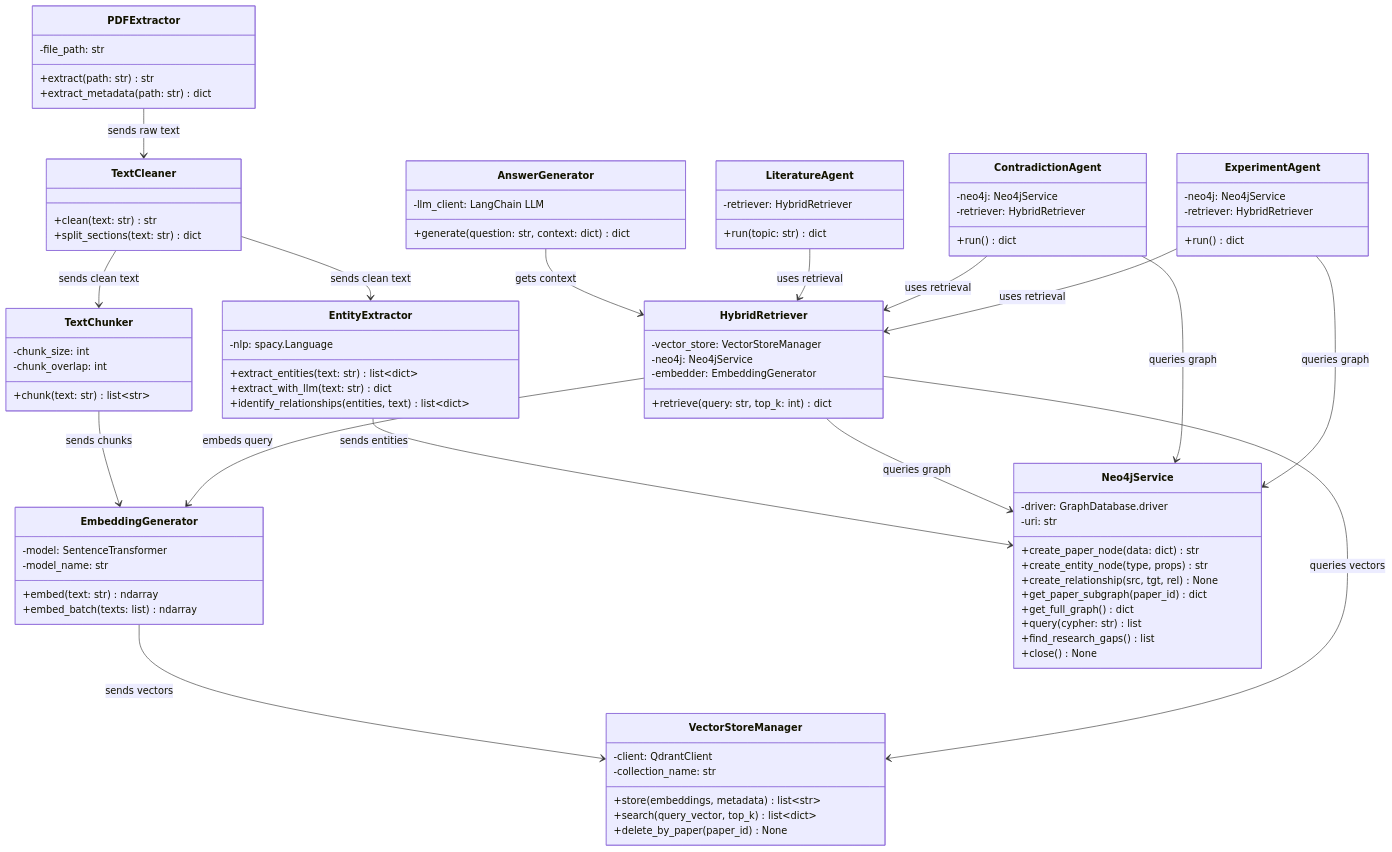
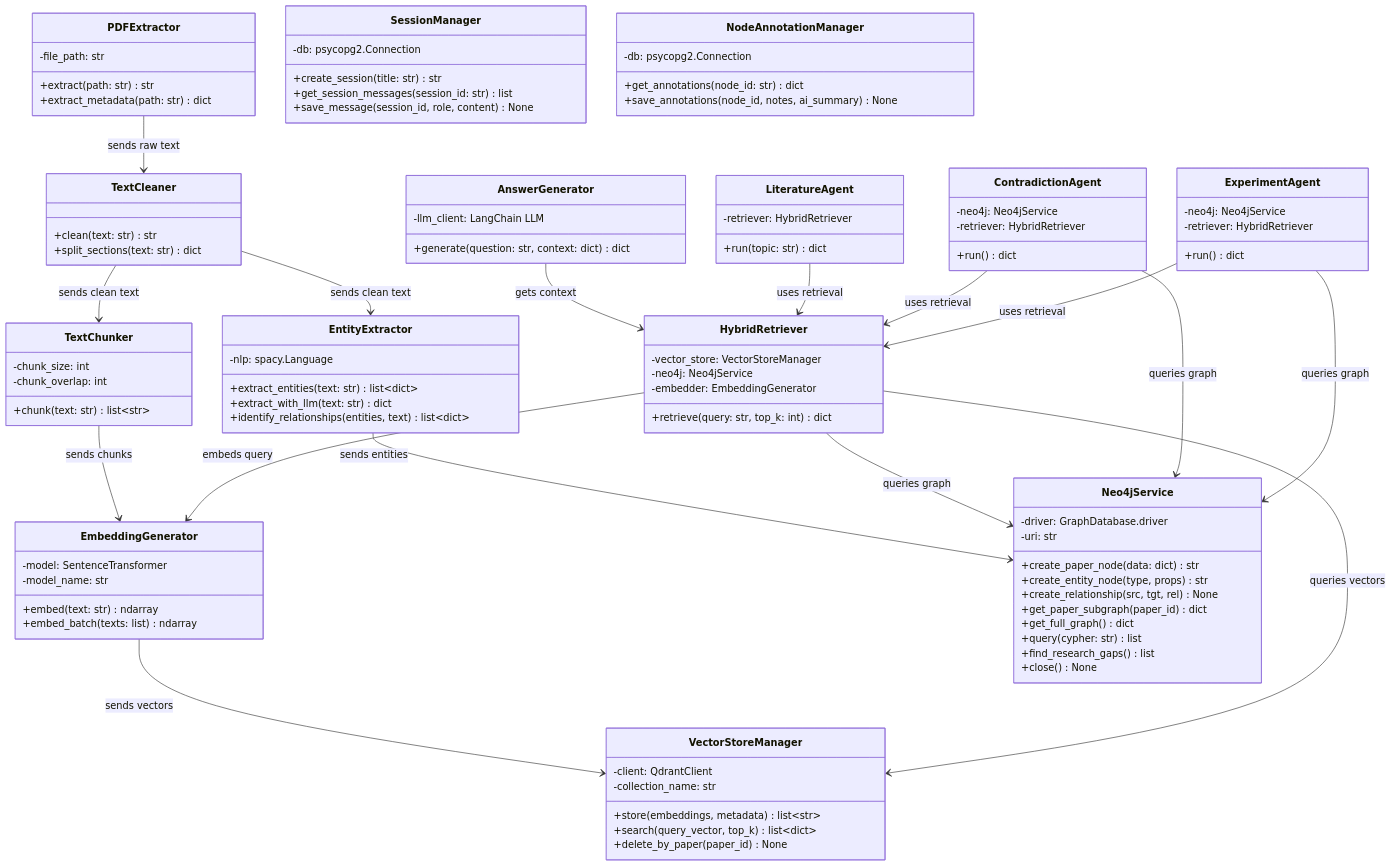
Before and after one commit to suraj-codes-24/Research-Node: the second of 9 diagrams in docs/10_uml_diagrams.md, drawn with Mermaid. The commit also changed other lines of this file and 52 other files, not shown here.

```diff
--- a/docs/10_uml_diagrams.md
+++ b/docs/10_uml_diagrams.md
@@ -139,6 +139,19 @@
         +run() dict
     }
 
+    class SessionManager {
+        -db: psycopg2.Connection
+        +create_session(title: str) str
+        +get_session_messages(session_id: str) list
+        +save_message(session_id, role, content) None
+    }
+
+    class NodeAnnotationManager {
+        -db: psycopg2.Connection
+        +get_annotations(node_id: str) dict
+        +save_annotations(node_id, notes, ai_summary) None
+    }
+
     PDFExtractor --> TextCleaner : sends raw text
     TextCleaner --> TextChunker : sends clean text
     TextChunker --> EmbeddingGenerator : sends chunks
```
